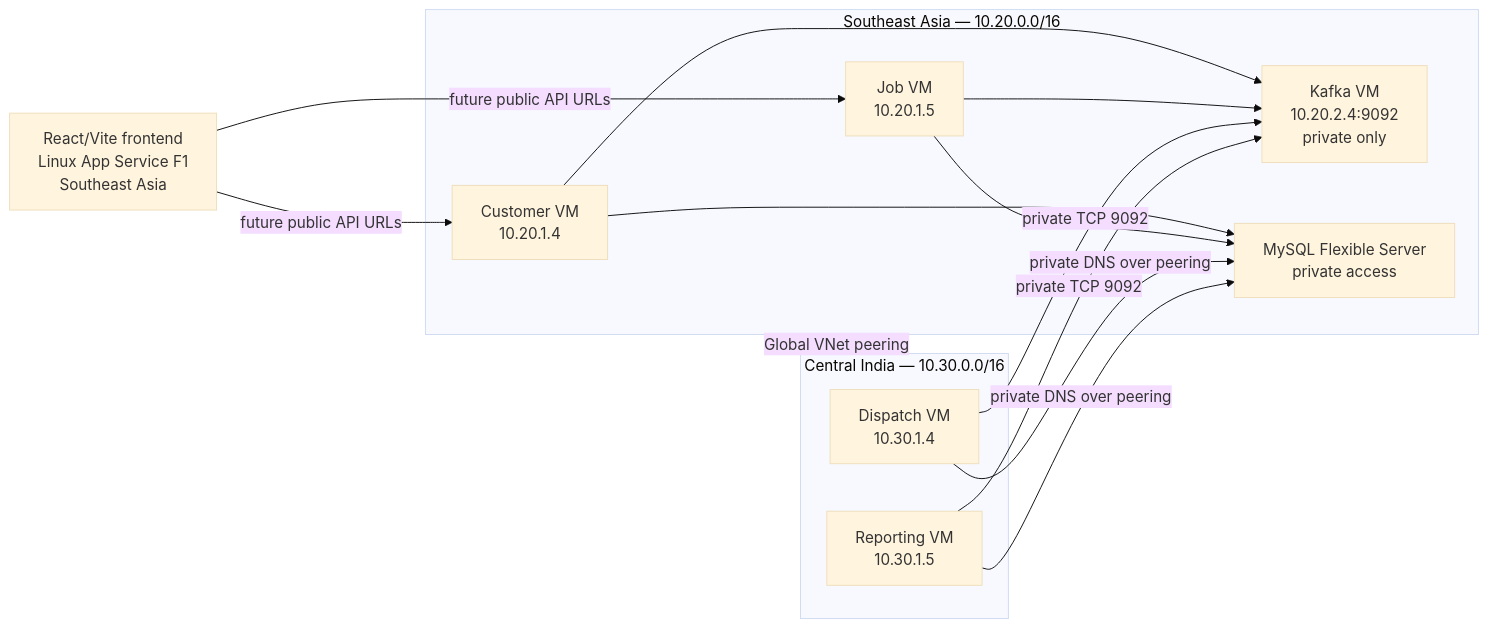
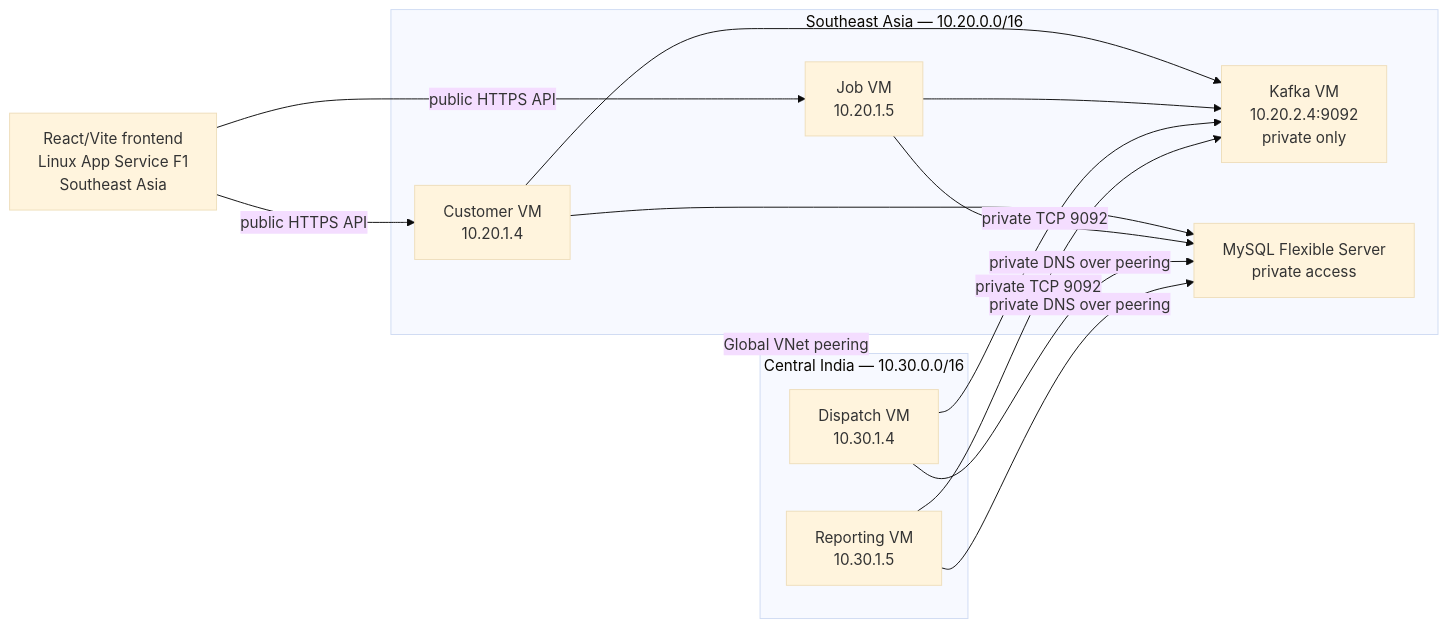
One commit to ASSMS-Team/assms-platform-infrastructure changed the diagram in docs/deployment/ASSMS-Sprint-1-Azure-Infrastructure-Status.md. Above: the diagram before and after it, drawn with Mermaid (base theme). The commit also changed other lines of this file and 8 other files, not shown here.

````diff
--- a/docs/deployment/ASSMS-Sprint-1-Azure-Infrastructure-Status.md
+++ b/docs/deployment/ASSMS-Sprint-1-Azure-Infrastructure-Status.md
@@ -59,25 +61,25 @@
 ```mermaid
 flowchart LR
   FE[React/Vite frontend\nLinux App Service F1\nSoutheast Asia]
   subgraph SEA[Southeast Asia — 10.20.0.0/16]
     C[Customer VM\n10.20.1.4]
     J[Job VM\n10.20.1.5]
     K[Kafka VM\n10.20.2.4:9092\nprivate only]
     DB[MySQL Flexible Server\nprivate access]
   end
   subgraph CI[Central India — 10.30.0.0/16]
     D[Dispatch VM\n10.30.1.4]
     R[Reporting VM\n10.30.1.5]
   end
-  FE -->|future public API URLs| C
-  FE -->|future public API URLs| J
+  FE -->|public HTTPS API| C
+  FE -->|public HTTPS API| J
   SEA <-->|Global VNet peering| CI
   C --> K
   J --> K
   D -->|private TCP 9092| K
   R -->|private TCP 9092| K
   C --> DB
   J --> DB
   D -->|private DNS over peering| DB
   R -->|private DNS over peering| DB
 ```
````
